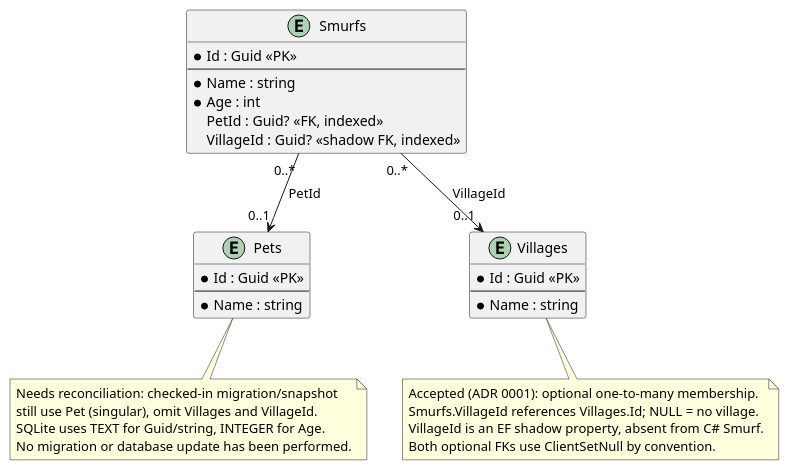
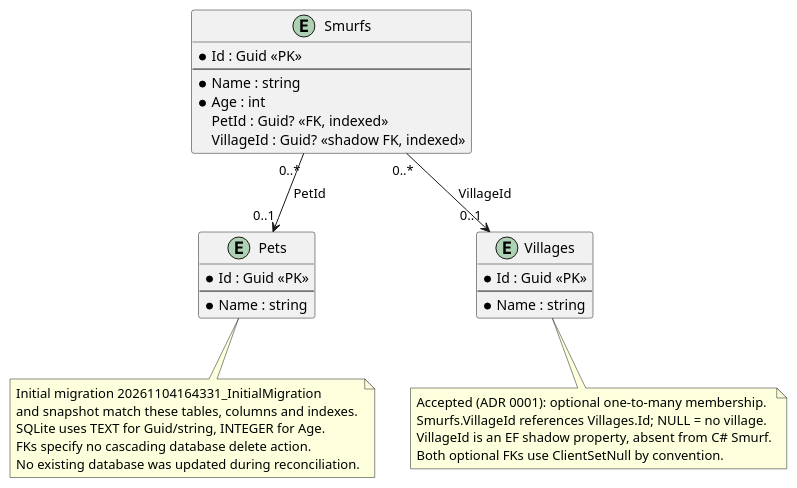
The diagram in docs/structural/diagrams/persistence-model.puml (EbbeMeloSorensen/Smurfs), drawn with PlantUML before and after one commit. The commit also changed 7 other files, not shown here.

```diff
--- a/docs/structural/diagrams/persistence-model.puml
+++ b/docs/structural/diagrams/persistence-model.puml
@@ -1,36 +1,37 @@
 @startuml
-' Current convention-based runtime model; migration snapshot is older.
+' Current runtime model, regenerated initial migration and snapshot.
 hide methods
 entity "Smurfs" as SmurfTable {
   * Id : Guid <<PK>>
   --
   * Name : string
   * Age : int
   PetId : Guid? <<FK, indexed>>
   VillageId : Guid? <<shadow FK, indexed>>
 }
 entity "Pets" as PetTable {
   * Id : Guid <<PK>>
   --
   * Name : string
 }
 entity "Villages" as VillageTable {
   * Id : Guid <<PK>>
   --
   * Name : string
 }
 SmurfTable "0..*" --> "0..1" PetTable : PetId
 SmurfTable "0..*" --> "0..1" VillageTable : VillageId
 note bottom of VillageTable
   Accepted (ADR 0001): optional one-to-many membership.
   Smurfs.VillageId references Villages.Id; NULL = no village.
   VillageId is an EF shadow property, absent from C# Smurf.
   Both optional FKs use ClientSetNull by convention.
 end note
 note bottom of PetTable
-  Needs reconciliation: checked-in migration/snapshot
-  still use Pet (singular), omit Villages and VillageId.
+  Initial migration 20261104164331_InitialMigration
+  and snapshot match these tables, columns and indexes.
   SQLite uses TEXT for Guid/string, INTEGER for Age.
-  No migration or database update has been performed.
+  FKs specify no cascading database delete action.
+  No existing database was updated during reconciliation.
 end note
 @enduml
```
